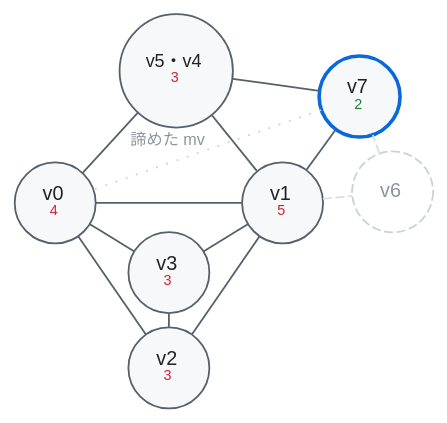
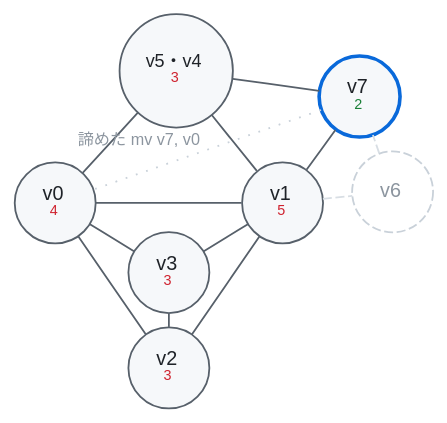
One commit to aita/CompLab changed the diagram in Sable/compiler/doc/figures/wt-4-freeze.dot. Above: the diagram before and after it, drawn with Graphviz. The commit also changed 10 other files, not shown here.

```diff
--- a/Sable/compiler/doc/figures/wt-4-freeze.dot
+++ b/Sable/compiler/doc/figures/wt-4-freeze.dot
@@ -1,37 +1,37 @@
 // One state of the worked example in doc/regalloc.md section 7.  K is 3.
 // The graph, the degrees and the order of the steps all come from
 // tests/walkthrough.exe; nothing here was worked out by hand.
 //
 // The wt-*.dot files share the style block and the pinned positions below;
 // keep them in step, or a node will jump from one panel to the next.
 // Render with ./render.sh (needs graphviz).
 graph wt {
   layout = neato;
   overlap = false;
   splines = true;
   bgcolor = "transparent";
   node [shape = circle, style = filled, fillcolor = "#f6f8fa",
         color = "#57606a", fontcolor = "#1f2328",
         fontname = "Helvetica", fontsize = 11, width = 0.62, fixedsize = true];
   edge [color = "#57606a", dir = none, fontname = "Helvetica", fontsize = 9];
   v0 [label = <v0<BR/><FONT POINT-SIZE="8" COLOR="#cf222e">4</FONT>>, fillcolor = "#f6f8fa", color = "#57606a" pos = "-1.55,0.1!"];
   v1 [label = <v1<BR/><FONT POINT-SIZE="8" COLOR="#cf222e">5</FONT>>, fillcolor = "#f6f8fa", color = "#57606a" pos = "1.55,0.1!"];
   v2 [label = <v2<BR/><FONT POINT-SIZE="8" COLOR="#cf222e">3</FONT>>, fillcolor = "#f6f8fa", color = "#57606a" pos = "0,-2.15!"];
   v3 [label = <v3<BR/><FONT POINT-SIZE="8" COLOR="#cf222e">3</FONT>>, fillcolor = "#f6f8fa", color = "#57606a" pos = "0,-0.85!"];
   v5 [width = 0.88, fontsize = 10, label = <v5・v4<BR/><FONT POINT-SIZE="8" COLOR="#cf222e">3</FONT>>, fillcolor = "#f6f8fa", color = "#57606a" pos = "0.1,1.9!"];
   v7 [label = <v7<BR/><FONT POINT-SIZE="8" COLOR="#1a7f37">2</FONT>>, fillcolor = "#f6f8fa", color = "#0969da", penwidth = 2 pos = "2.6,1.55!"];
   v6 [label = <<FONT COLOR="#8c959f">v6</FONT>>, style = "filled,dashed", fillcolor = "#ffffff", color = "#c9d1d9" pos = "3.05,0.25!"];
   v0 -- v1 [color = "#57606a"];
   v0 -- v2 [color = "#57606a"];
   v0 -- v3 [color = "#57606a"];
   v0 -- v5 [color = "#57606a"];
   v1 -- v2 [color = "#57606a"];
   v1 -- v3 [color = "#57606a"];
   v1 -- v5 [color = "#57606a"];
   v1 -- v6 [color = "#d8dee4", style = dashed];
   v1 -- v7 [color = "#57606a"];
   v2 -- v3 [color = "#57606a"];
   v5 -- v7 [color = "#57606a"];
   v6 -- v7 [color = "#d8dee4", style = dashed];
-  v7 -- v0 [style = dotted, color = "#c9d1d9", label = "諦めた mv", fontcolor = "#8c959f"];
+  v7 -- v0 [style = dotted, color = "#c9d1d9", label = "諦めた mv v7, v0", fontcolor = "#8c959f"];
 }
```
